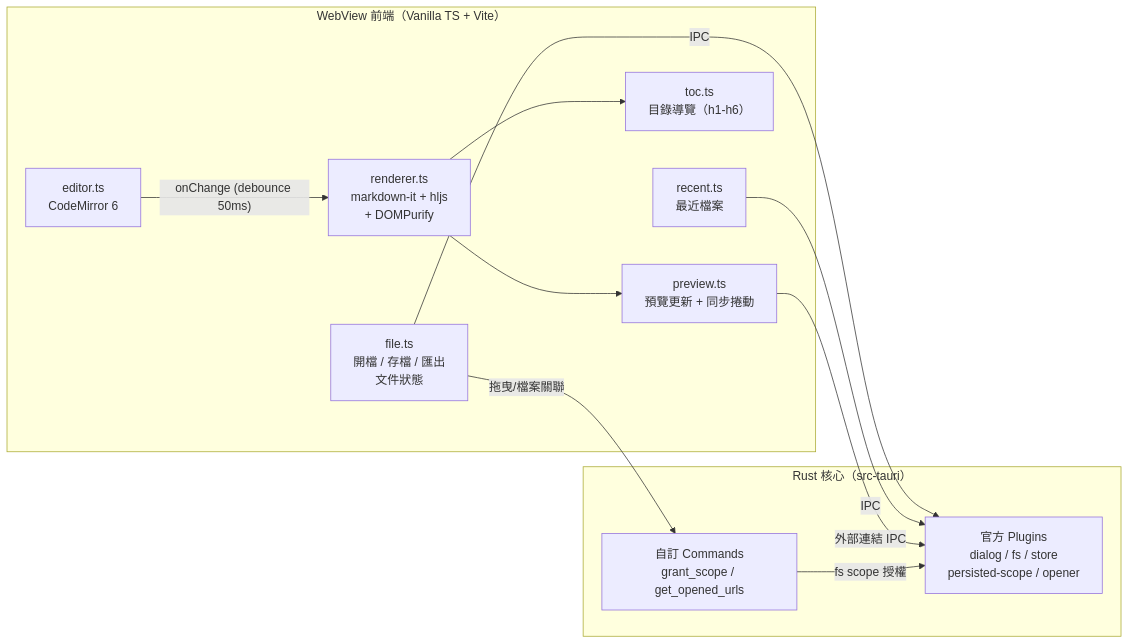
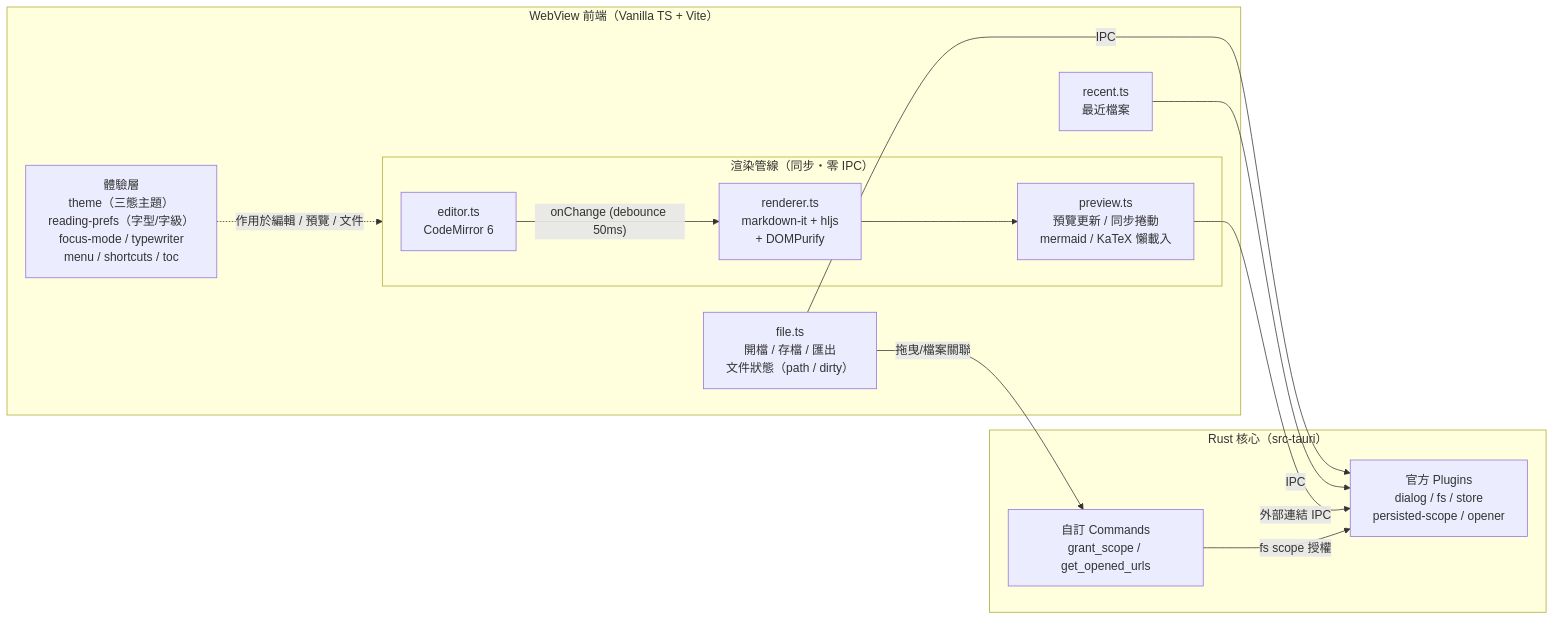
Before and after one commit to tznthou/plume: the diagram in README.md, drawn with Mermaid. The commit also changed other lines of this file and 1 other file, not shown here.

````diff
--- a/README.md
+++ b/README.md
@@ -36,23 +65,24 @@
 ```mermaid
 flowchart LR
     subgraph Frontend["WebView 前端（Vanilla TS + Vite）"]
-        Editor["editor.ts<br/>CodeMirror 6"]
-        Renderer["renderer.ts<br/>markdown-it + hljs<br/>+ DOMPurify"]
-        Preview["preview.ts<br/>預覽更新 + 同步捲動"]
-        TOC["toc.ts<br/>目錄導覽（h1-h6）"]
-        File["file.ts<br/>開檔 / 存檔 / 匯出<br/>文件狀態"]
+        subgraph Pipeline["渲染管線（同步・零 IPC）"]
+            Editor["editor.ts<br/>CodeMirror 6"]
+            Renderer["renderer.ts<br/>markdown-it + hljs<br/>+ DOMPurify"]
+            Preview["preview.ts<br/>預覽更新 / 同步捲動<br/>mermaid / KaTeX 懶載入"]
+        end
+        UX["體驗層<br/>theme（三態主題）<br/>reading-prefs（字型/字級）<br/>focus-mode / typewriter<br/>menu / shortcuts / toc"]
+        File["file.ts<br/>開檔 / 存檔 / 匯出<br/>文件狀態（path / dirty）"]
         Recent["recent.ts<br/>最近檔案"]
     end
     subgraph Rust["Rust 核心（src-tauri）"]
         Plugins["官方 Plugins<br/>dialog / fs / store<br/>persisted-scope / opener"]
         Commands["自訂 Commands<br/>grant_scope / get_opened_urls"]
     end
-    Editor -- "onChange (debounce 50ms)" --> Renderer
-    Renderer --> Preview
-    Renderer --> TOC
+    Editor -- "onChange (debounce 50ms)" --> Renderer --> Preview
+    UX -. "作用於編輯 / 預覽 / 文件" .-> Pipeline
     File -- IPC --> Plugins
     Recent -- IPC --> Plugins
     Preview -- "外部連結 IPC" --> Plugins
     File -- "拖曳/檔案關聯" --> Commands
     Commands -- "fs scope 授權" --> Plugins
 ```
````
